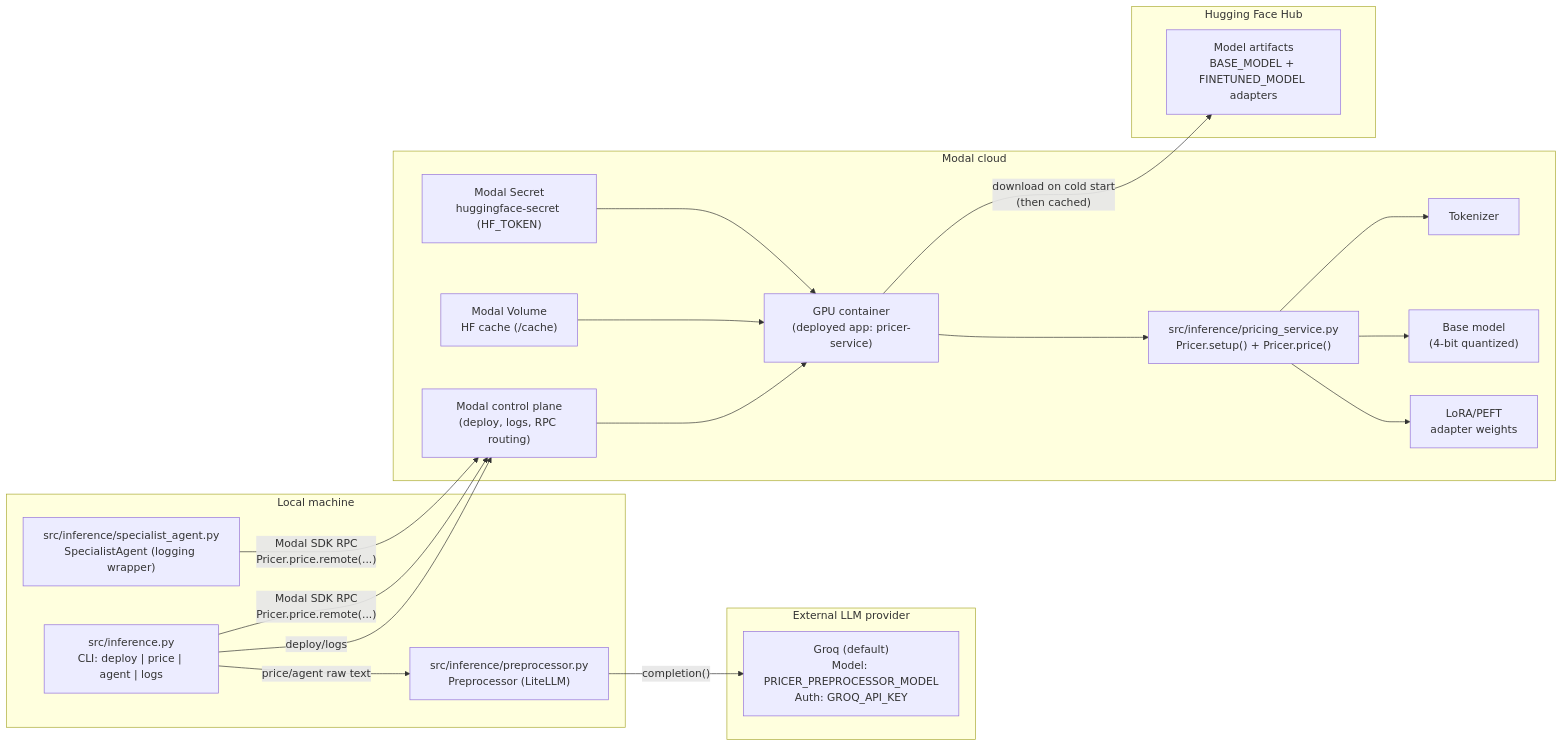
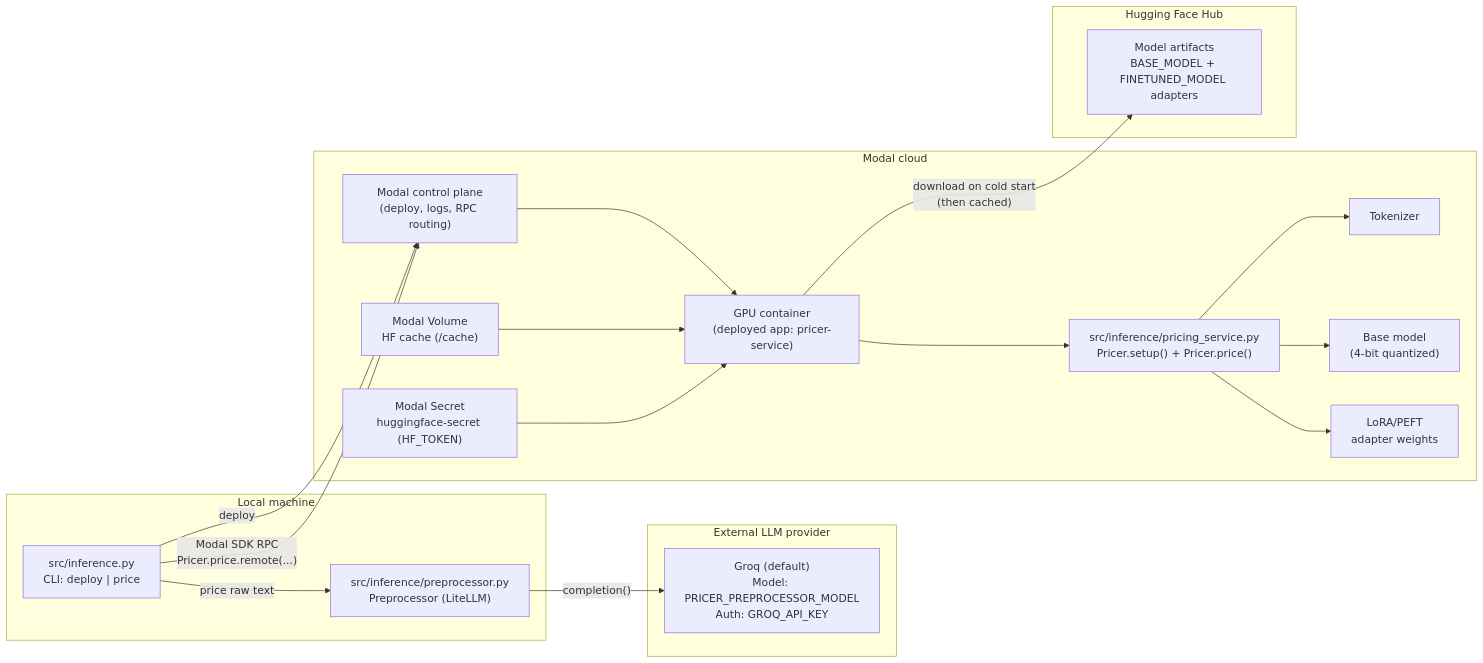
Before and after one commit to aditya-caltechie/ai-fine-tuning: the first of 3 diagrams in docs/inference.md, drawn with Mermaid. The commit also changed other lines of this file and 1 other file, not shown here.

````diff
--- a/docs/inference.md
+++ b/docs/inference.md
@@ -12,45 +11,43 @@
 ```mermaid
 flowchart LR
   subgraph Local[Local machine]
-    CLI["src/inference.py<br/>CLI: deploy | price | agent | logs"]
+    CLI["src/inference.py<br/>CLI: deploy | price"]
     PRE["src/inference/preprocessor.py<br/>Preprocessor (LiteLLM)"]
-    AG["src/inference/specialist_agent.py<br/>SpecialistAgent (logging wrapper)"]
   end
 
   subgraph LLM[External LLM provider]
     GROQ["Groq (default)<br/>Model: PRICER_PREPROCESSOR_MODEL<br/>Auth: GROQ_API_KEY"]
   end
 
   subgraph Modal[Modal cloud]
     CP["Modal control plane<br/>(deploy, logs, RPC routing)"]
     CONTAINER["GPU container<br/>(deployed app: pricer-service)"]
 
     PS["src/inference/pricing_service.py<br/>Pricer.setup() + Pricer.price()"]
     TOK[Tokenizer]
     BASE["Base model<br/>(4-bit quantized)"]
     LORA["LoRA/PEFT<br/>adapter weights"]
 
     VOL["Modal Volume<br/>HF cache (/cache)"]
     SEC["Modal Secret<br/>huggingface-secret (HF_TOKEN)"]
 
     CP --> CONTAINER
     VOL --> CONTAINER
     SEC --> CONTAINER
 
     CONTAINER --> PS
     PS --> TOK
     PS --> BASE
     PS --> LORA
   end
 
   subgraph HF[Hugging Face Hub]
     HUB["Model artifacts<br/>BASE_MODEL + FINETUNED_MODEL adapters"]
   end
 
-  CLI -->|"price/agent raw text"| PRE
+  CLI -->|"price raw text"| PRE
   PRE -->|"completion()"| GROQ
-  CLI -->|"deploy/logs"| CP
+  CLI -->|"deploy"| CP
   CLI -->|"Modal SDK RPC<br/>Pricer.price.remote(...)"| CP
-  AG -->|"Modal SDK RPC<br/>Pricer.price.remote(...)"| CP
   CONTAINER -->|"download on cold start<br/>(then cached)"| HUB
 ```
````
